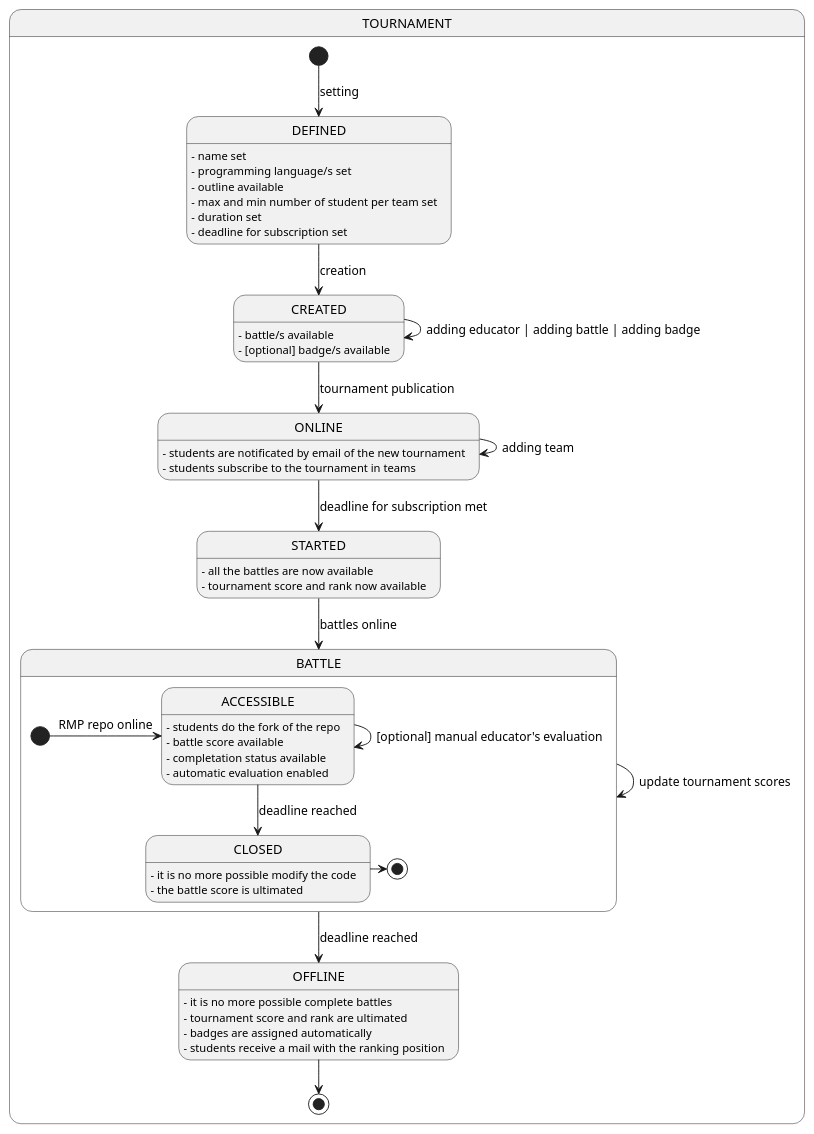
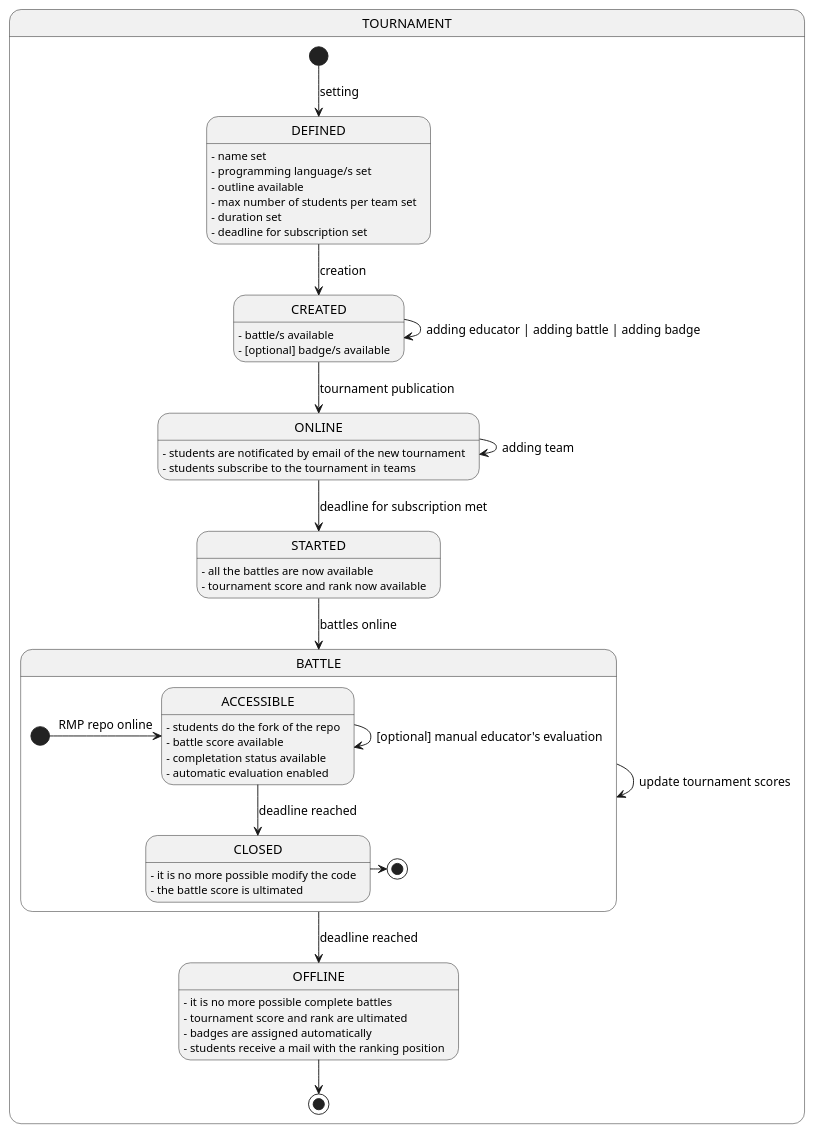
One commit to Angelo7672/SE2_Requirement-and-Design-Document changed the diagram in _RASD/Images/UML/stateDiagram/stateDiagram.wsd. Above: the diagram before and after it, drawn with PlantUML. The commit also changed 9 other files, not shown here.

```diff
--- a/_RASD/Images/UML/stateDiagram/stateDiagram.wsd
+++ b/_RASD/Images/UML/stateDiagram/stateDiagram.wsd
@@ -1,68 +1,68 @@
 @startuml
 state TOURNAMENT{
     [*] --> DEFINED: setting
 
     DEFINED: - name set
     DEFINED: - programming language/s set
     DEFINED: - outline available
-    DEFINED: - max and min number of student per team set
+    DEFINED: - max number of students per team set
     DEFINED: - duration set
     DEFINED: - deadline for subscription set
 
     DEFINED --> CREATED: creation
 
     CREATED: - battle/s available
     CREATED: - [optional] badge/s available
 
     CREATED --> CREATED: adding educator | adding battle | adding badge
 
     'CREATED --> CREATED: adding educator
     'CREATED -[HIDDEN]-> CREATED: GIMMESPACEE
     'CREATED --> CREATED: adding battle
     'CREATED -[HIDDEN]-> CREATED: GIMMESPACEE
     'CREATED --> CREATED: adding badge
 
     CREATED --> ONLINE: tournament publication
 
     ONLINE: - students are notificated by email of the new tournament
     ONLINE: - students subscribe to the tournament in teams
     ONLINE --> ONLINE: adding team
 
     ONLINE --> STARTED: deadline for subscription met
 
     STARTED: - all the battles are now available
     STARTED: - tournament score and rank now available
 
     STARTED --> BATTLE: battles online
 
     state BATTLE{
         [*] -> ACCESSIBLE: RMP repo online
 
         ACCESSIBLE: - students do the fork of the repo
         ACCESSIBLE: - battle score available
         ACCESSIBLE: - completation status available
         ACCESSIBLE: - automatic evaluation enabled
 
         ACCESSIBLE -> ACCESSIBLE: [optional] manual educator's evaluation
 
         ACCESSIBLE --> CLOSED: deadline reached
 
         CLOSED: - it is no more possible modify the code
         CLOSED: - the battle score is ultimated
 
         CLOSED -> [*]
     }
 
     BATTLE --> BATTLE: update tournament scores
 
     BATTLE --> OFFLINE: deadline reached
 
     OFFLINE: - it is no more possible complete battles
     OFFLINE: - tournament score and rank are ultimated
     OFFLINE: - badges are assigned automatically
     OFFLINE: - students receive a mail with the ranking position
 
     OFFLINE --> [*]
 }
 
 @enduml
```
